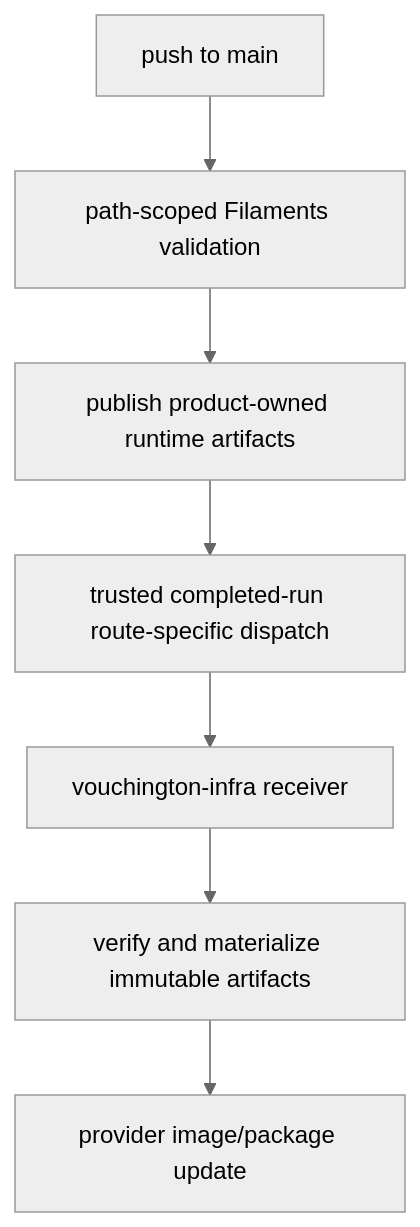
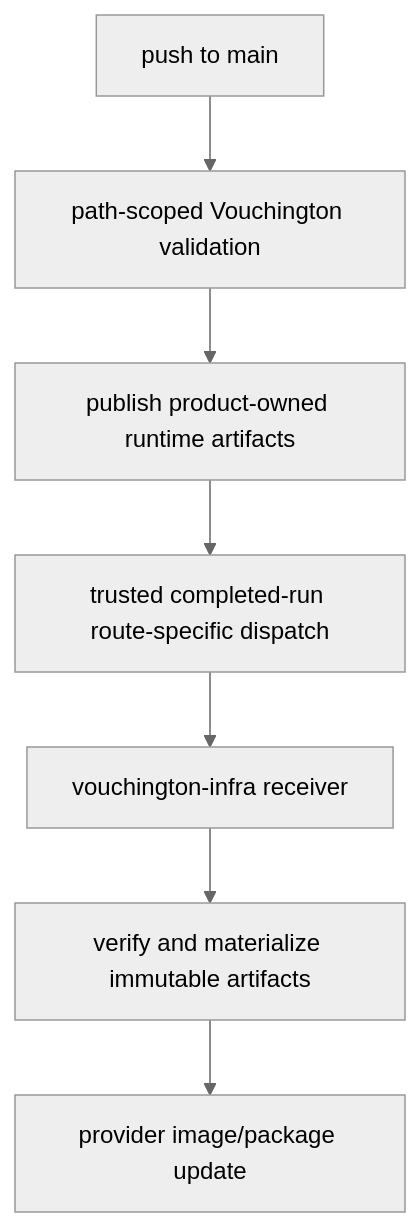
One commit to vouchington/vouchington changed the diagram in docs/overview/infrastructure/reference-deployment-ci-cd-flow.md. Above: the diagram before and after it, drawn with Mermaid (neutral theme). The commit also changed other lines of this file and 47 other files, not shown here.

Commit message:
docs: rename Filaments prose to Vouchington

````diff
--- a/docs/overview/infrastructure/reference-deployment-ci-cd-flow.md
+++ b/docs/overview/infrastructure/reference-deployment-ci-cd-flow.md
@@ -7,9 +7,9 @@
 ```mermaid
 flowchart TD
-    Push["push to main"] --> Validate["path-scoped Filaments validation"]
+    Push["push to main"] --> Validate["path-scoped Vouchington validation"]
     Validate --> Publish["publish product-owned runtime artifacts"]
     Publish --> Dispatch["trusted completed-run route-specific dispatch"]
     Dispatch --> Infra["vouchington-infra receiver"]
     Infra --> Materialize["verify and materialize immutable artifacts"]
     Materialize --> Providers["provider image/package update"]
 ```
````
